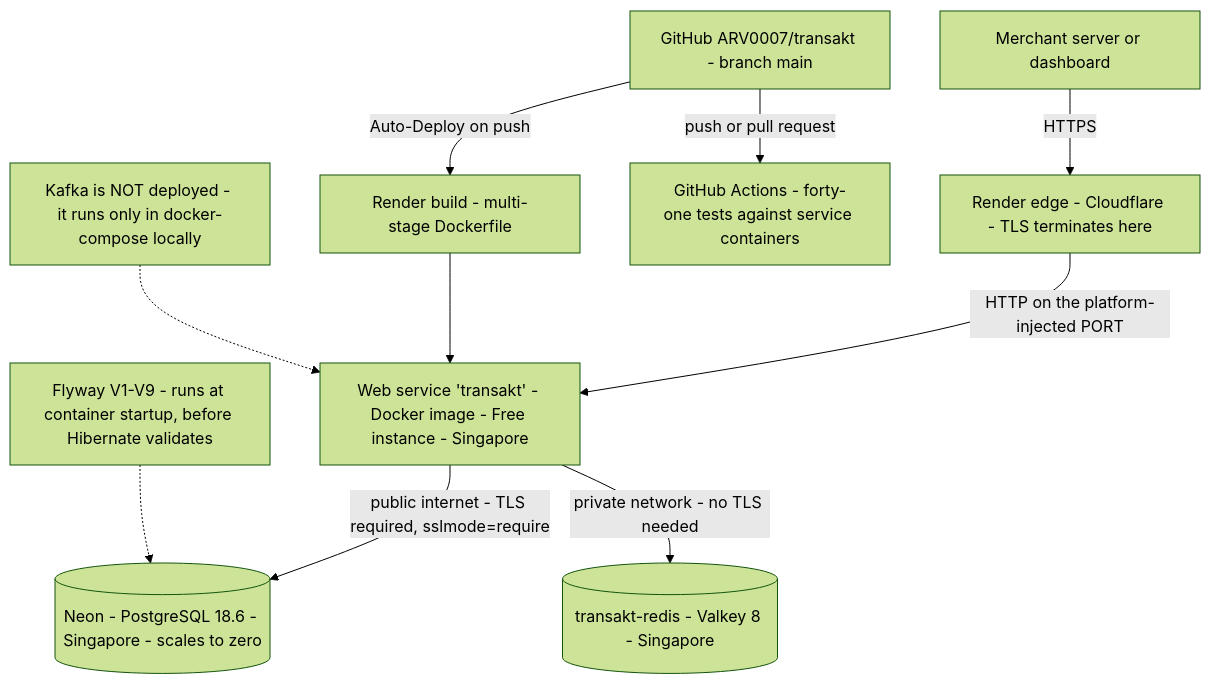
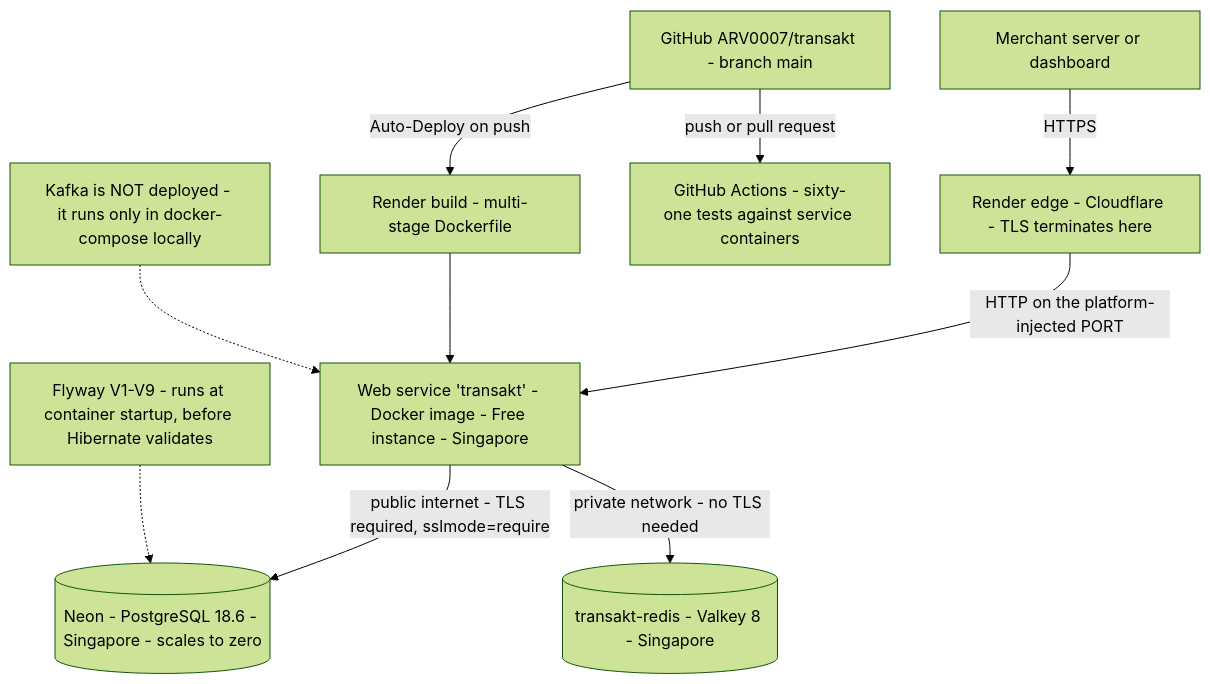
One commit to ARV0007/transakt changed the first of 3 diagrams in docs/architecture.md. Above: the diagram before and after it, drawn with Mermaid (forest theme). The commit also changed other lines of this file and 4 other files, not shown here.

Commit message:
docs: Day 25 — SSRF guard, GET /me, signup escalation, Retry-After; architecture to v1.9

````diff
--- a/docs/architecture.md
+++ b/docs/architecture.md
@@ -9,13 +9,13 @@
 ```mermaid
 flowchart TD
   client[Merchant server or dashboard]
   client -->|HTTPS| edge[Render edge - Cloudflare - TLS terminates here]
   edge -->|HTTP on the platform-injected PORT| app[Web service 'transakt' - Docker image - Free instance - Singapore]
   app -->|public internet - TLS required, sslmode=require| pg[(Neon - PostgreSQL 18.6 - Singapore - scales to zero)]
   app -->|private network - no TLS needed| kv[(transakt-redis - Valkey 8 - Singapore)]
   gh[GitHub ARV0007/transakt - branch main] -->|Auto-Deploy on push| build[Render build - multi-stage Dockerfile]
-  gh -->|push or pull request| ci[GitHub Actions - forty-one tests against service containers]
+  gh -->|push or pull request| ci[GitHub Actions - sixty-one tests against service containers]
   build --> app
   flyway[Flyway V1-V9 - runs at container startup, before Hibernate validates] -.-> pg
   note[Kafka is NOT deployed - it runs only in docker-compose locally] -.-> app
 ```
````
